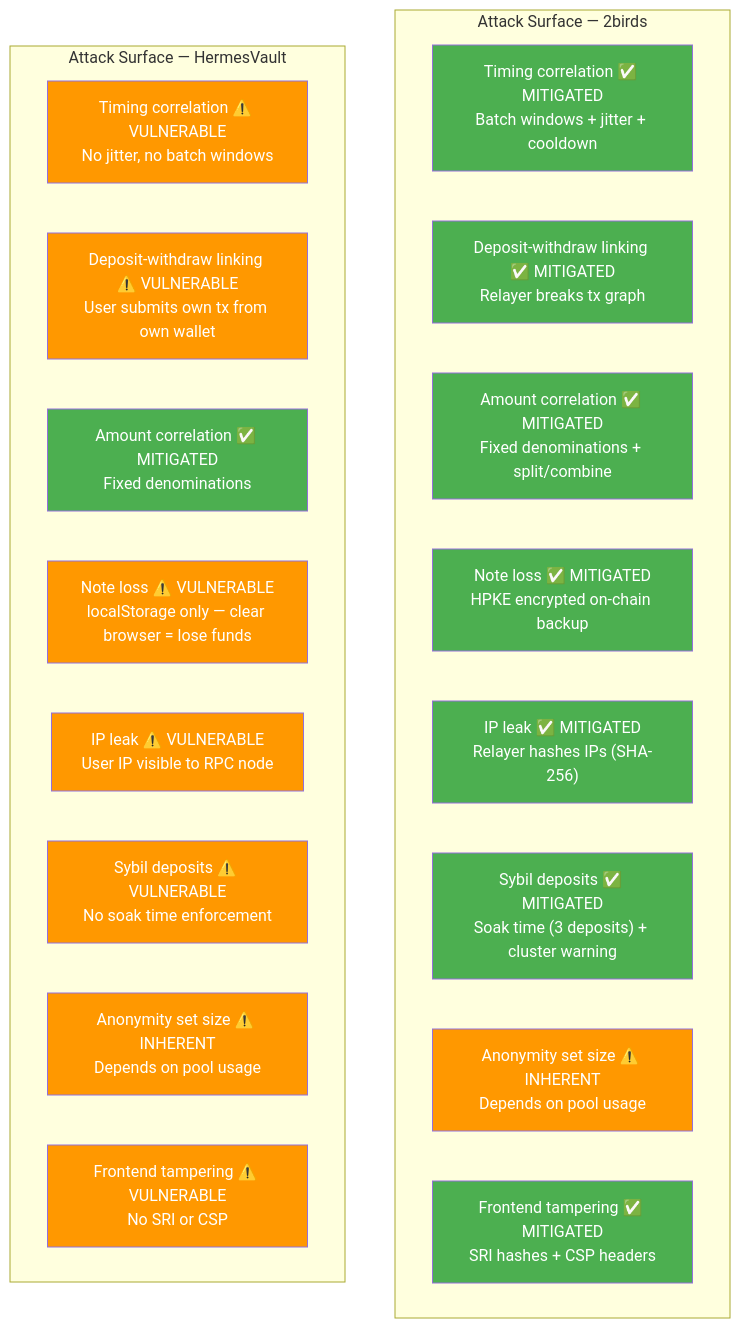
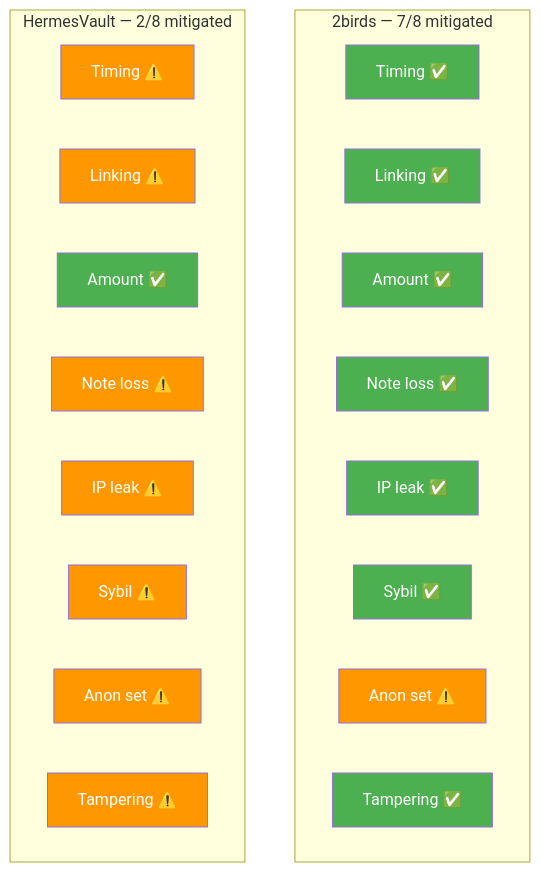
The fourth of 4 diagrams in README.md (mitchhall16/2birds), drawn with Mermaid before and after one commit. The commit also changed other lines of this file and 4 other files, not shown here.

````diff
--- a/README.md
+++ b/README.md
@@ -394,42 +196,42 @@
 ```mermaid
 graph TB
-    subgraph "Attack Surface — 2birds"
-        T2A["Timing correlation ✅ MITIGATED<br/>Batch windows + jitter + cooldown"]
-        T2B["Deposit-withdraw linking ✅ MITIGATED<br/>Relayer breaks tx graph"]
-        T2C["Amount correlation ✅ MITIGATED<br/>Fixed denominations + split/combine"]
-        T2D["Note loss ✅ MITIGATED<br/>HPKE encrypted on-chain backup"]
-        T2E["IP leak ✅ MITIGATED<br/>Relayer hashes IPs (SHA-256)"]
-        T2F["Sybil deposits ✅ MITIGATED<br/>Soak time (3 deposits) + cluster warning"]
-        T2G["Anonymity set size ⚠️ INHERENT<br/>Depends on pool usage"]
-        T2H["Frontend tampering ✅ MITIGATED<br/>SRI hashes + CSP headers"]
+    subgraph "2birds — 7/8 mitigated"
+        T1["Timing ✅"]
+        T2["Linking ✅"]
+        T3["Amount ✅"]
+        T4["Note loss ✅"]
+        T5["IP leak ✅"]
+        T6["Sybil ✅"]
+        T7["Anon set ⚠️"]
+        T8["Tampering ✅"]
     end
 
-    subgraph "Attack Surface — HermesVault"
-        H2A["Timing correlation ⚠️ VULNERABLE<br/>No jitter, no batch windows"]
-        H2B["Deposit-withdraw linking ⚠️ VULNERABLE<br/>User submits own tx from own wallet"]
-        H2C["Amount correlation ✅ MITIGATED<br/>Fixed denominations"]
-        H2D["Note loss ⚠️ VULNERABLE<br/>localStorage only — clear browser = lose funds"]
-        H2E["IP leak ⚠️ VULNERABLE<br/>User IP visible to RPC node"]
-        H2F["Sybil deposits ⚠️ VULNERABLE<br/>No soak time enforcement"]
-        H2G["Anonymity set size ⚠️ INHERENT<br/>Depends on pool usage"]
-        H2H["Frontend tampering ⚠️ VULNERABLE<br/>No SRI or CSP"]
+    subgraph "HermesVault — 2/8 mitigated"
+        H1["Timing ⚠️"]
+        H2["Linking ⚠️"]
+        H3["Amount ✅"]
+        H4["Note loss ⚠️"]
+        H5["IP leak ⚠️"]
+        H6["Sybil ⚠️"]
+        H7["Anon set ⚠️"]
+        H8["Tampering ⚠️"]
     end
 
-    style T2A fill:#4CAF50,color:#fff
-    style T2B fill:#4CAF50,color:#fff
-    style T2C fill:#4CAF50,color:#fff
-    style T2D fill:#4CAF50,color:#fff
-    style T2E fill:#4CAF50,color:#fff
-    style T2F fill:#4CAF50,color:#fff
-    style T2G fill:#FF9800,color:#fff
-    style T2H fill:#4CAF50,color:#fff
+    style T1 fill:#4CAF50,color:#fff
+    style T2 fill:#4CAF50,color:#fff
+    style T3 fill:#4CAF50,color:#fff
+    style T4 fill:#4CAF50,color:#fff
+    style T5 fill:#4CAF50,color:#fff
+    style T6 fill:#4CAF50,color:#fff
+    style T7 fill:#FF9800,color:#fff
+    style T8 fill:#4CAF50,color:#fff
 
-    style H2A fill:#FF9800,color:#fff
-    style H2B fill:#FF9800,color:#fff
-    style H2C fill:#4CAF50,color:#fff
-    style H2D fill:#FF9800,color:#fff
-    style H2E fill:#FF9800,color:#fff
-    style H2F fill:#FF9800,color:#fff
-    style H2G fill:#FF9800,color:#fff
-    style H2H fill:#FF9800,color:#fff
+    style H1 fill:#FF9800,color:#fff
+    style H2 fill:#FF9800,color:#fff
+    style H3 fill:#4CAF50,color:#fff
+    style H4 fill:#FF9800,color:#fff
+    style H5 fill:#FF9800,color:#fff
+    style H6 fill:#FF9800,color:#fff
+    style H7 fill:#FF9800,color:#fff
+    style H8 fill:#FF9800,color:#fff
 ```
````
